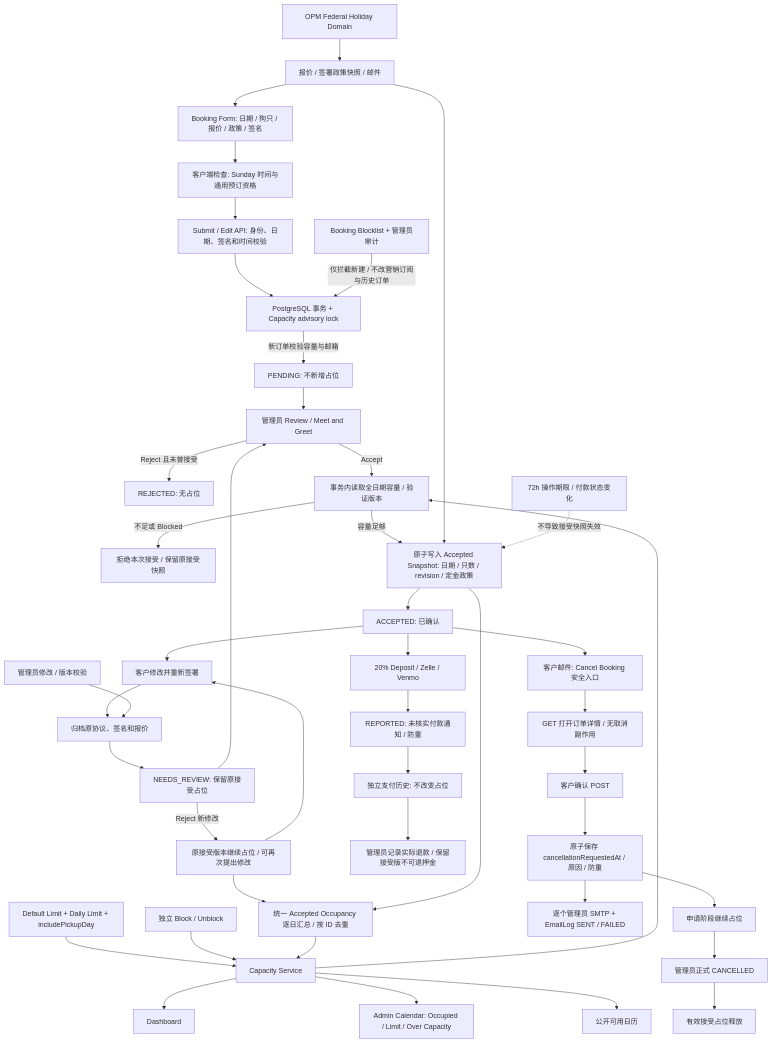
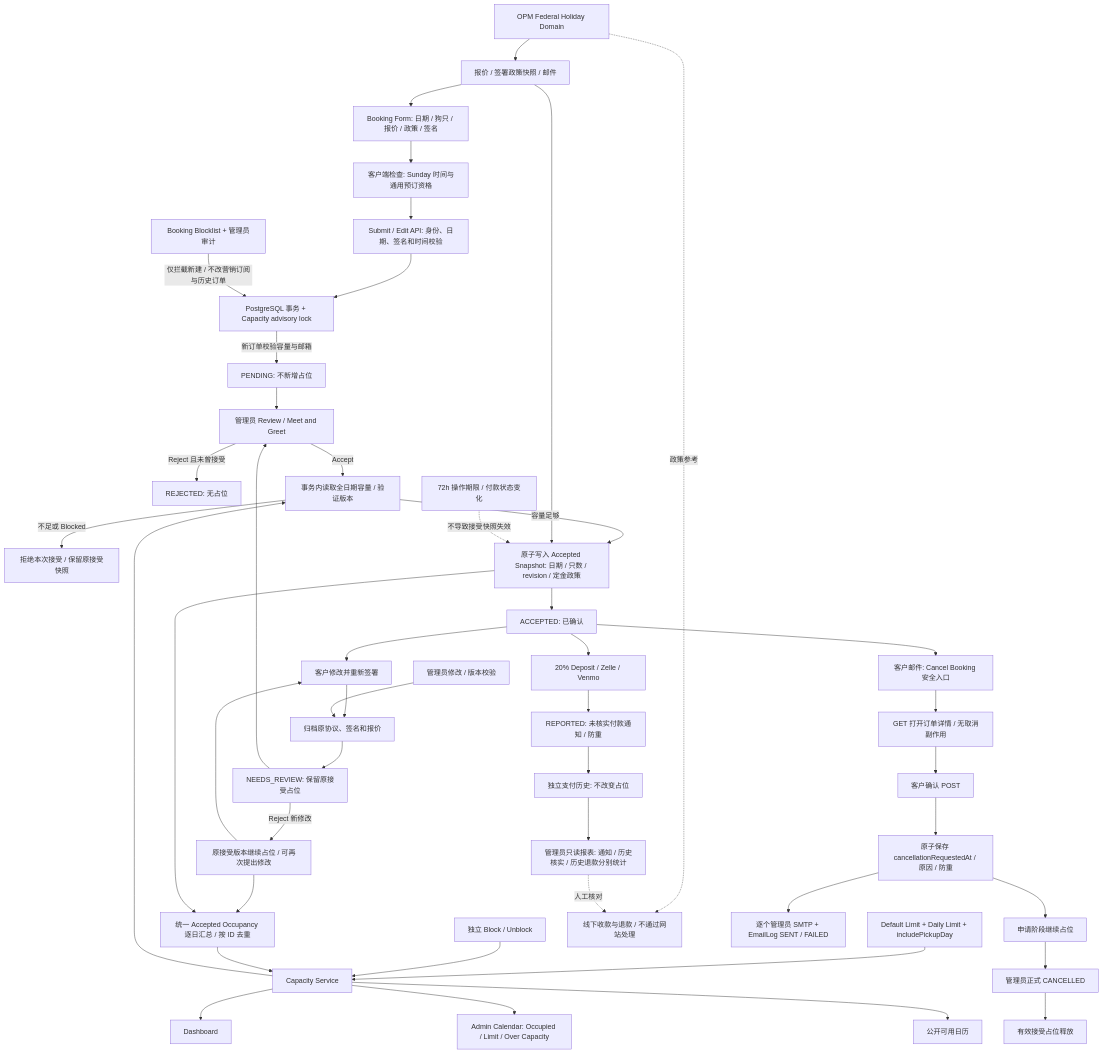
Before and after one commit to Calvingo/Contract_dog_sitter: the diagram in docs/booking-capacity-refactor.md, drawn with Mermaid. The commit also changed other lines of this file and 12 other files, not shown here.

Commit message:
Keep offline payments and refunds as read-only reports

````diff
--- a/docs/booking-capacity-refactor.md
+++ b/docs/booking-capacity-refactor.md
@@ -76,46 +78,48 @@
 ```mermaid
 flowchart TD
   F[Booking Form: 日期 / 狗只 / 报价 / 政策 / 签名] --> V[客户端检查: Sunday 时间与通用预订资格]
   V --> API[Submit / Edit API: 身份、日期、签名和时间校验]
   API --> TX[PostgreSQL 事务 + Capacity advisory lock]
   BL[Booking Blocklist + 管理员审计] -->|仅拦截新建 / 不改营销订阅与历史订单| TX
   TX -->|新订单校验容量与邮箱| P[PENDING: 不新增占位]
   P --> R[管理员 Review / Meet and Greet]
   R -->|Reject 且未曾接受| RJ[REJECTED: 无占位]
   R -->|Accept| AC[事务内读取全日期容量 / 验证版本]
   AC -->|不足或 Blocked| ERR[拒绝本次接受 / 保留原接受快照]
   AC -->|容量足够| S[原子写入 Accepted Snapshot: 日期 / 只数 / revision / 定金政策]
   S --> CONF[ACCEPTED: 已确认]
   CONF --> EDIT[客户修改并重新签署]
   EDIT --> ARCH[归档原协议、签名和报价]
   ADMINEDIT[管理员修改 / 版本校验] --> ARCH
   ARCH --> NR[NEEDS_REVIEW: 保留原接受占位]
   NR --> R
   NR -->|Reject 新修改| OLD[原接受版本继续占位 / 可再次提出修改]
   OLD --> OCC
   OLD --> EDIT
   S --> OCC[统一 Accepted Occupancy 逐日汇总 / 按 ID 去重]
   LIMIT[Default Limit + Daily Limit + includePickupDay] --> CAP[Capacity Service]
   BLOCK[独立 Block / Unblock] --> CAP
   OCC --> CAP
   CAP --> DASH[Dashboard]
   CAP --> CAL[Admin Calendar: Occupied / Limit / Over Capacity]
   CAP --> PUBLIC[公开可用日历]
   CAP --> AC
   CONF --> PAY[20% Deposit / Zelle / Venmo]
   PAY --> REPORT[REPORTED: 未核实付款通知 / 防重]
   REPORT --> HISTORY[独立支付历史: 不改变占位]
   POLICY[OPM Federal Holiday Domain] --> QUOTE[报价 / 签署政策快照 / 邮件]
   QUOTE --> F
   QUOTE --> S
-  HISTORY --> REFUND[管理员记录实际退款 / 保留接受版不可退押金]
+  HISTORY --> REPORTS[管理员只读报表: 通知 / 历史核实 / 历史退款分别统计]
+  POLICY -. 政策参考 .-> OFFLINE[线下收款与退款 / 不通过网站处理]
+  REPORTS -. 人工核对 .-> OFFLINE
   CONF --> EMAIL[客户邮件: Cancel Booking 安全入口]
   EMAIL --> GET[GET 打开订单详情 / 无取消副作用]
   GET --> POST[客户确认 POST]
   POST --> CR[原子保存 cancellationRequestedAt / 原因 / 防重]
   CR --> NOTIFY[逐个管理员 SMTP + EmailLog SENT / FAILED]
   CR --> KEEP[申请阶段继续占位]
   KEEP --> CANCEL[管理员正式 CANCELLED]
   CANCEL --> RELEASE[有效接受占位释放]
   TTL[72h 操作期限 / 付款状态变化] -. 不导致接受快照失效 .-> S
 ```
````
